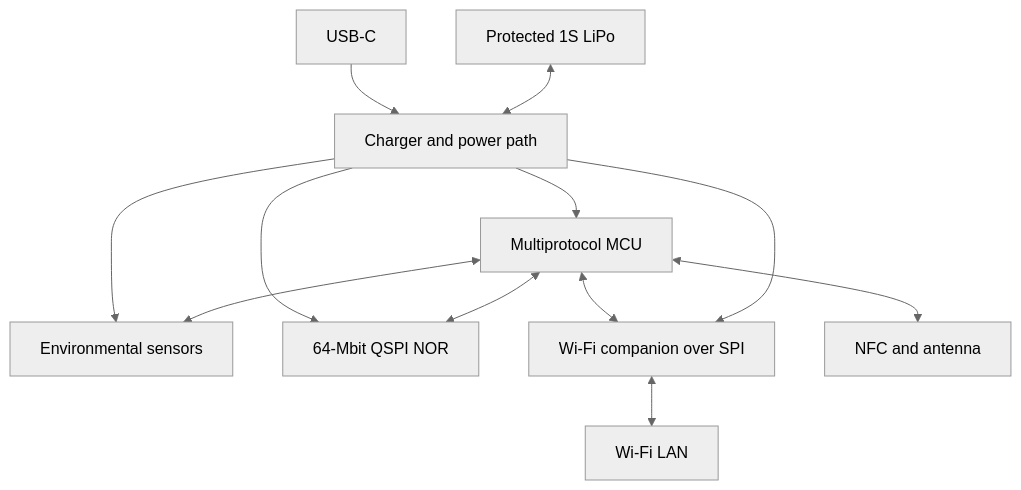
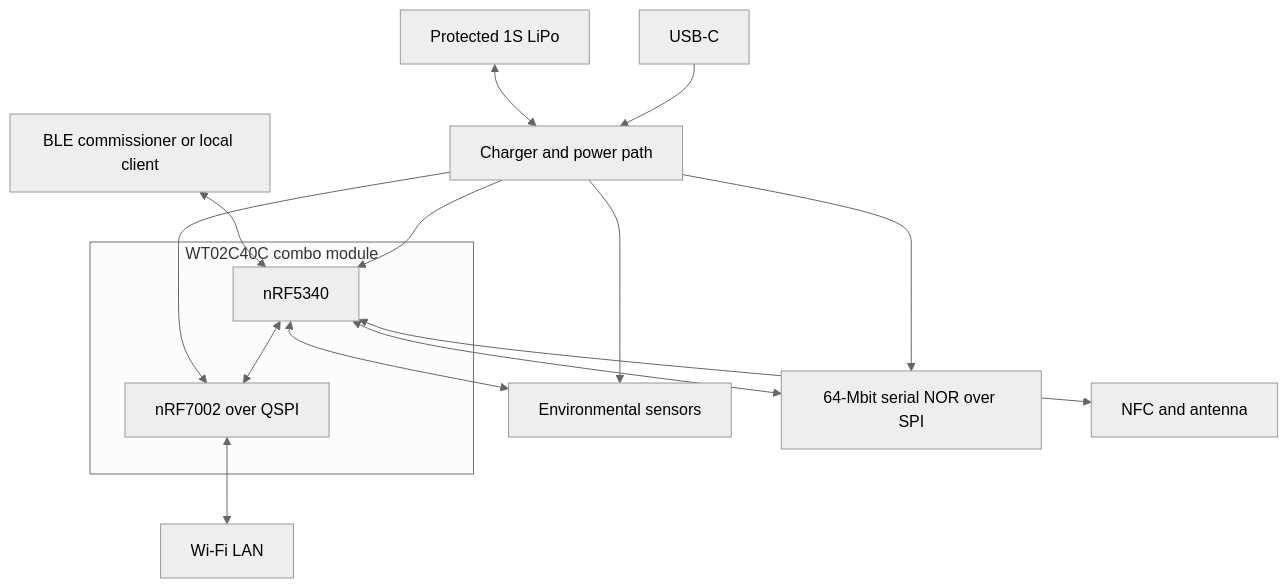
Before and after one commit to DaytripperTX/MatterSense: the second of 2 diagrams in docs/architecture/system_block_diagram.md, drawn with Mermaid (neutral theme). The commit also changed other lines of this file and 7 other files, not shown here.

Commit message:
Add external flash, BLE local mode, and Rev B combo radio

````diff
--- a/docs/architecture/system_block_diagram.md
+++ b/docs/architecture/system_block_diagram.md
@@ -105,14 +106,17 @@
 ```mermaid
 flowchart TD
     USB["USB-C"] --> PM["Charger and power path"]
     BAT["Protected 1S LiPo"] <--> PM
-    PM --> MCU["Multiprotocol MCU"]
+    subgraph COMBO["WT02C40C combo module"]
+        MCU["nRF5340"] <--> WIFI["nRF7002 over QSPI"]
+    end
+    PM --> MCU
     PM --> SNS["Environmental sensors"]
-    PM --> FLASH["64-Mbit QSPI NOR"]
+    PM --> FLASH["64-Mbit serial NOR over SPI"]
     MCU <--> SNS
     MCU <--> FLASH
-    MCU <--> WIFI["Wi-Fi companion over SPI"]
+    BLE["BLE commissioner or local client"] <--> MCU
     PM --> WIFI
     WIFI <--> LAN["Wi-Fi LAN"]
     MCU <--> NFC["NFC and antenna"]
 ```
````
